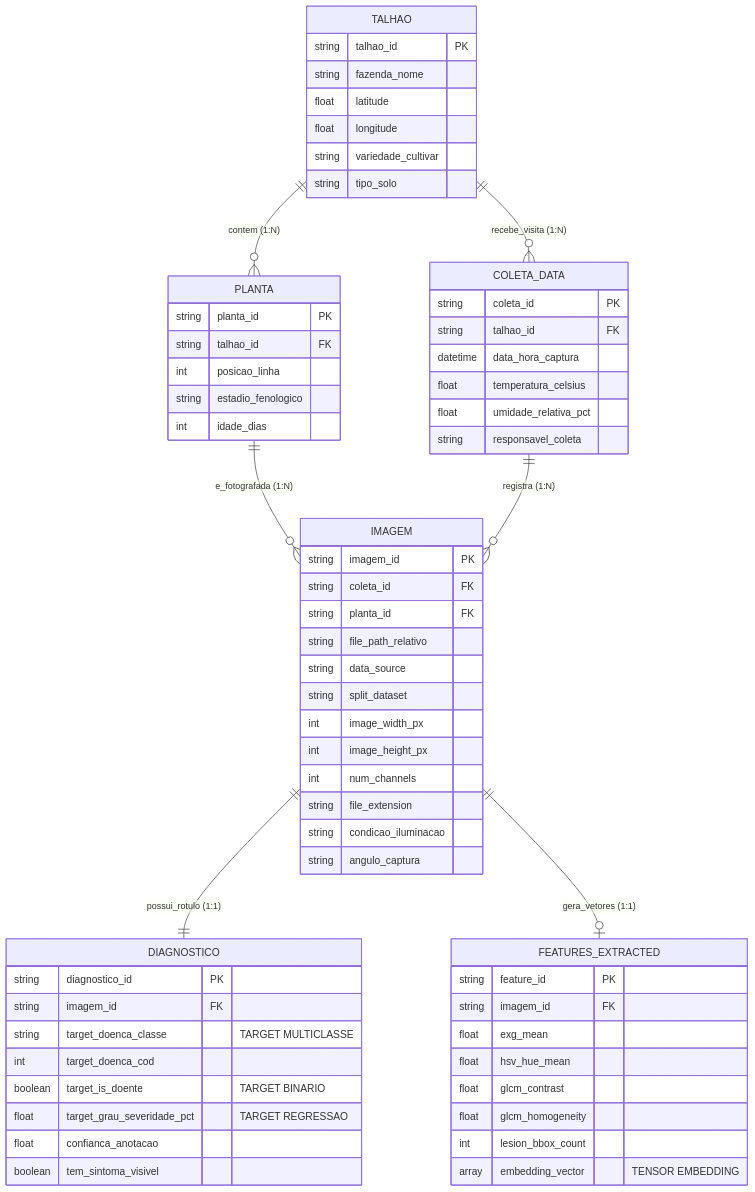
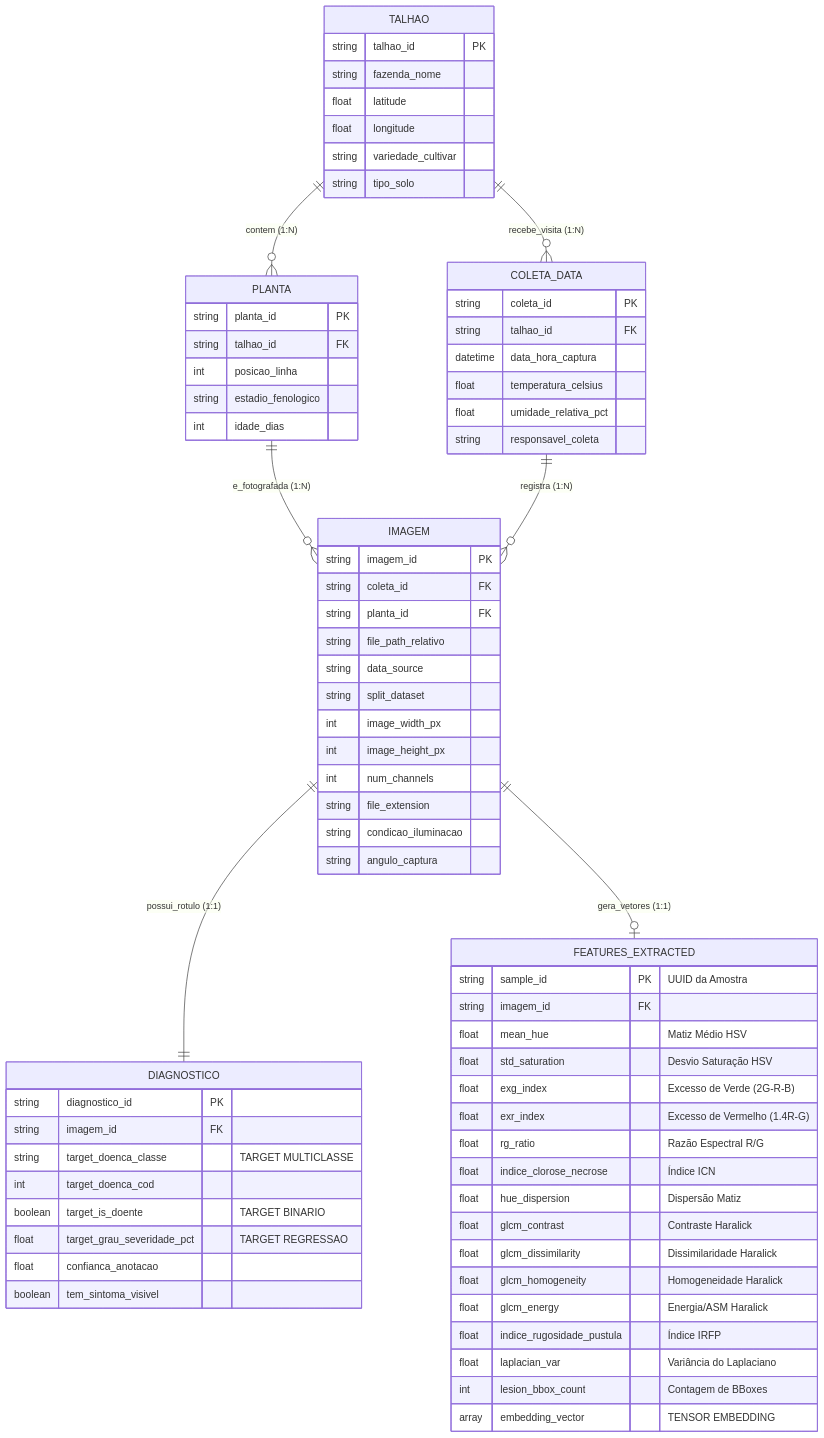
The first of 2 diagrams in Modelagem Inicial e Dicionário de Dados/modelagem_conceitual_entidades.md (sugarvision/Sanidade-Vegetal), drawn with Mermaid before and after one commit. The commit also changed other lines of this file and 7 other files, not shown here.

````diff
--- a/Modelagem Inicial e Dicionário de Dados/modelagem_conceitual_entidades.md
+++ b/Modelagem Inicial e Dicionário de Dados/modelagem_conceitual_entidades.md
@@ -18,72 +18,81 @@
 ```mermaid
 erDiagram
     TALHAO ||--o{ PLANTA : "contem (1:N)"
     TALHAO ||--o{ COLETA_DATA : "recebe_visita (1:N)"
     PLANTA ||--o{ IMAGEM : "e_fotografada (1:N)"
     COLETA_DATA ||--o{ IMAGEM : "registra (1:N)"
     IMAGEM ||--|| DIAGNOSTICO : "possui_rotulo (1:1)"
     IMAGEM ||--o| FEATURES_EXTRACTED : "gera_vetores (1:1)"
 
     TALHAO {
         string talhao_id PK
         string fazenda_nome
         float latitude
         float longitude
         string variedade_cultivar
         string tipo_solo
     }
 
     PLANTA {
         string planta_id PK
         string talhao_id FK
         int posicao_linha
         string estadio_fenologico
         int idade_dias
     }
 
     COLETA_DATA {
         string coleta_id PK
         string talhao_id FK
         datetime data_hora_captura
         float temperatura_celsius
         float umidade_relativa_pct
         string responsavel_coleta
     }
 
     IMAGEM {
         string imagem_id PK
         string coleta_id FK
         string planta_id FK
         string file_path_relativo
         string data_source
         string split_dataset
         int image_width_px
         int image_height_px
         int num_channels
         string file_extension
         string condicao_iluminacao
         string angulo_captura
     }
 
     DIAGNOSTICO {
         string diagnostico_id PK
         string imagem_id FK
         string target_doenca_classe "TARGET MULTICLASSE"
         int target_doenca_cod
         boolean target_is_doente "TARGET BINARIO"
         float target_grau_severidade_pct "TARGET REGRESSAO"
         float confianca_anotacao
         boolean tem_sintoma_visivel
     }
 
     FEATURES_EXTRACTED {
-        string feature_id PK
+        string sample_id PK "UUID da Amostra"
         string imagem_id FK
-        float exg_mean
-        float hsv_hue_mean
-        float glcm_contrast
-        float glcm_homogeneity
-        int lesion_bbox_count
+        float mean_hue "Matiz Médio HSV"
+        float std_saturation "Desvio Saturação HSV"
+        float exg_index "Excesso de Verde (2G-R-B)"
+        float exr_index "Excesso de Vermelho (1.4R-G)"
+        float rg_ratio "Razão Espectral R/G"
+        float indice_clorose_necrose "Índice ICN"
+        float hue_dispersion "Dispersão Matiz"
+        float glcm_contrast "Contraste Haralick"
+        float glcm_dissimilarity "Dissimilaridade Haralick"
+        float glcm_homogeneity "Homogeneidade Haralick"
+        float glcm_energy "Energia/ASM Haralick"
+        float indice_rugosidade_pustula "Índice IRFP"
+        float laplacian_var "Variância do Laplaciano"
+        int lesion_bbox_count "Contagem de BBoxes"
         array embedding_vector "TENSOR EMBEDDING"
     }
 ```
````
